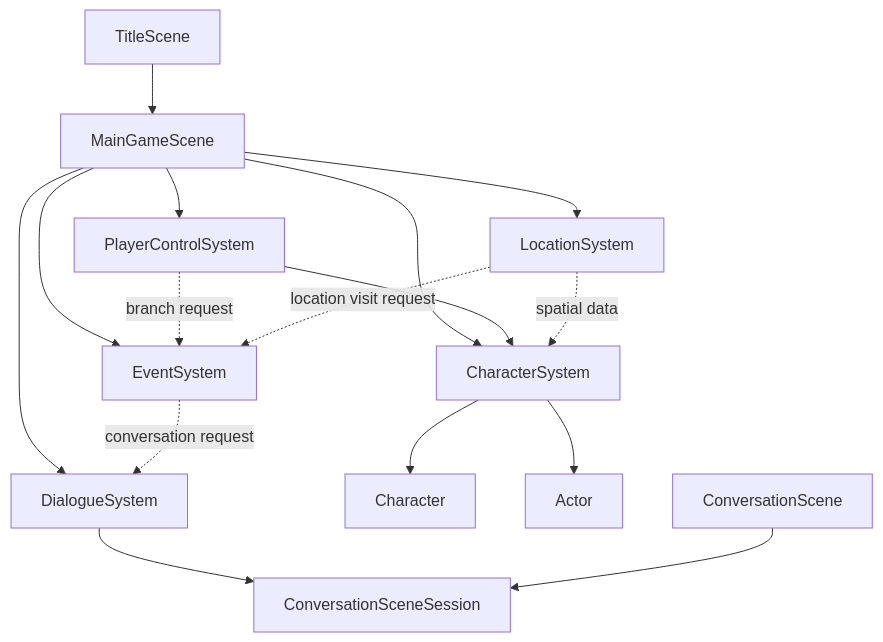
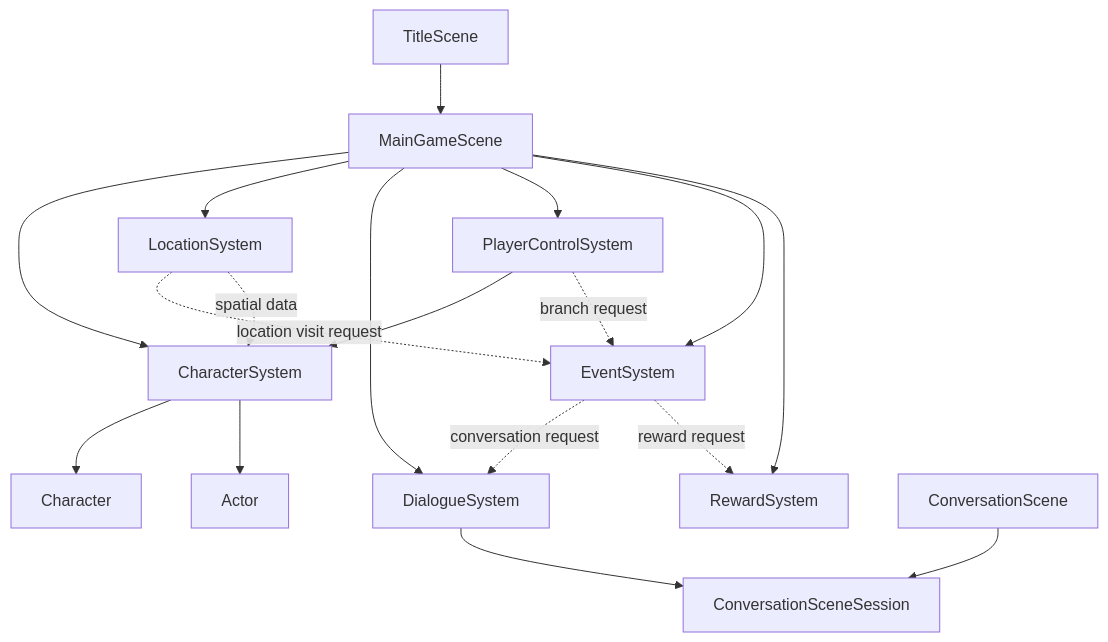
Before and after one commit to hachimitu22/negima-festival: the diagram in docs/詳細設計/ドメイン/シーン/README.md, drawn with Mermaid. The commit also changed other lines of this file and 16 other files, not shown here.

Commit message:
refactor: RewardSystem 化

````diff
--- a/docs/詳細設計/ドメイン/シーン/README.md
+++ b/docs/詳細設計/ドメイン/シーン/README.md
@@ -19,18 +20,20 @@
 ```mermaid
 flowchart TB
   TitleScene --> MainGameScene
   MainGameScene --> CharacterSystem
   MainGameScene --> LocationSystem
   MainGameScene --> DialogueSystem
   MainGameScene --> PlayerControlSystem
   MainGameScene --> EventSystem
+  MainGameScene --> RewardSystem
   PlayerControlSystem --> CharacterSystem
   PlayerControlSystem -. branch request .-> EventSystem
   LocationSystem -. location visit request .-> EventSystem
   LocationSystem -. spatial data .-> CharacterSystem
   EventSystem -. conversation request .-> DialogueSystem
+  EventSystem -. reward request .-> RewardSystem
   CharacterSystem --> Character
   CharacterSystem --> Actor
   DialogueSystem --> ConversationSceneSession
   ConversationScene --> ConversationSceneSession
 ```
````
